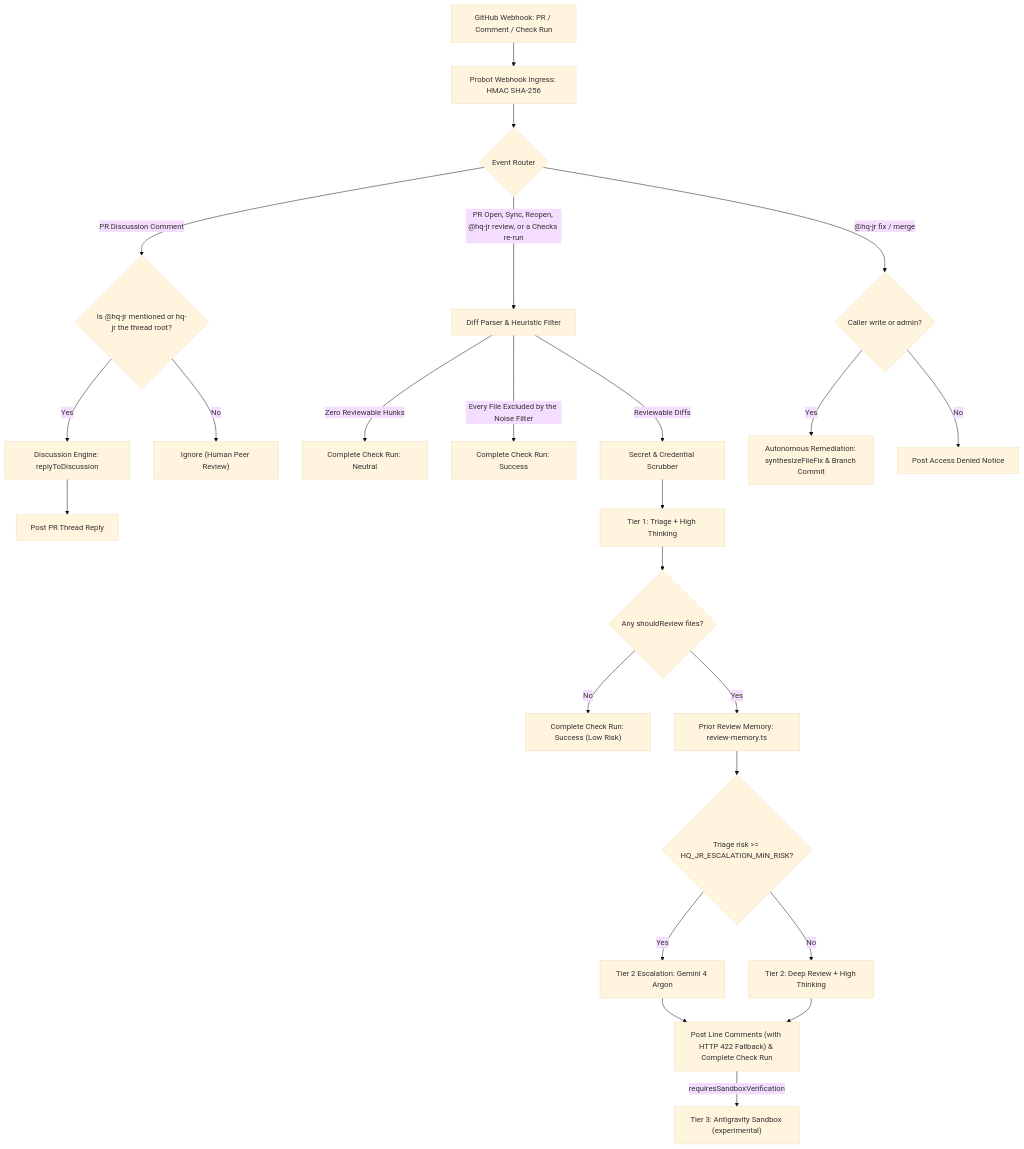
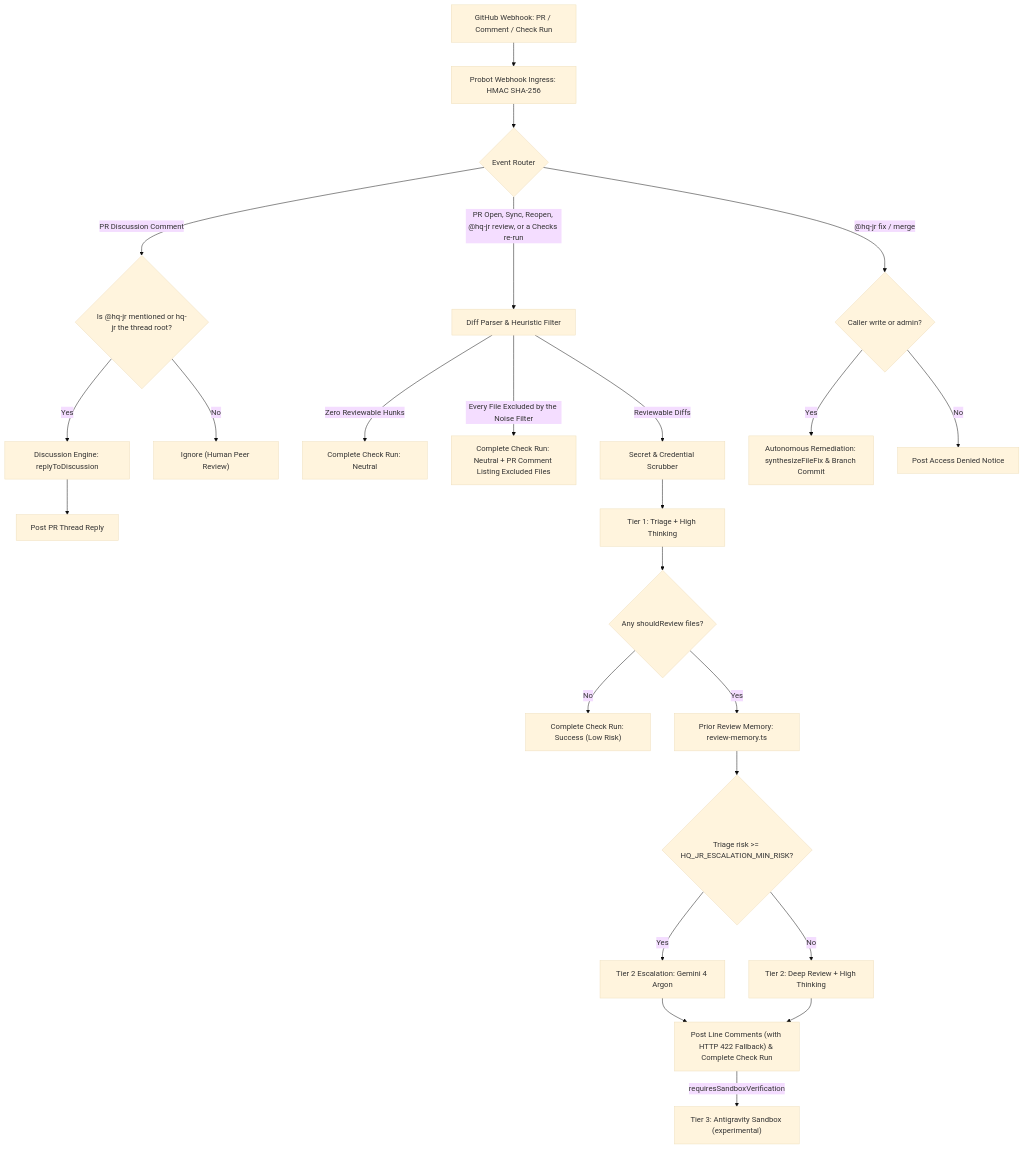
The diagram in README.md (adi-IL/hq-jr), drawn with Mermaid (base theme) before and after one commit. The commit also changed 6 other files, not shown here.

First line of the commit message:
fix(review): update one skip comment, neutral title, and clear the audit

````diff
--- a/README.md
+++ b/README.md
@@ -51,31 +51,31 @@
 ```mermaid
 flowchart TD
     PR["GitHub Webhook: PR / Comment / Check Run"] --> Ingress["Probot Webhook Ingress: HMAC SHA-256"]
     Ingress --> Route{"Event Router"}
     
     Route -->|"PR Discussion Comment"| AntiHijack{"Is @hq-jr mentioned or hq-jr the thread root?"}
     AntiHijack -->|"Yes"| Disc["Discussion Engine: replyToDiscussion"]
     Disc --> PostReply["Post PR Thread Reply"]
     AntiHijack -->|"No"| Ignore["Ignore (Human Peer Review)"]
     
     Route -->|"PR Open, Sync, Reopen, @hq-jr review, or a Checks re-run"| Filter["Diff Parser & Heuristic Filter"]
     Filter -->|"Zero Reviewable Hunks"| FastPass["Complete Check Run: Neutral"]
-    Filter -->|"Every File Excluded by the Noise Filter"| ExcludedPass["Complete Check Run: Success"]
+    Filter -->|"Every File Excluded by the Noise Filter"| ExcludedPass["Complete Check Run: Neutral + PR Comment Listing Excluded Files"]
     Filter -->|"Reviewable Diffs"| Scrubber["Secret & Credential Scrubber"]
     Scrubber --> Tier1["Tier 1: Triage + High Thinking"]
     
     Tier1 --> TriageDecision{"Any shouldReview files?"}
     TriageDecision -->|"No"| LowRiskExit["Complete Check Run: Success (Low Risk)"]
     TriageDecision -->|"Yes"| Memory["Prior Review Memory: review-memory.ts"]
     Memory --> Gate{"Triage risk >= HQ_JR_ESCALATION_MIN_RISK?"}
     Gate -->|"Yes"| Argon["Tier 2 Escalation: Gemini 4 Argon"]
     Gate -->|"No"| Tier2["Tier 2: Deep Review + High Thinking"]
     
     Argon --> Output["Post Line Comments (with HTTP 422 Fallback) & Complete Check Run"]
     Tier2 --> Output
     Output -->|"requiresSandboxVerification"| Tier3["Tier 3: Antigravity Sandbox (experimental)"]
     
     Route -->|"@hq-jr fix / merge"| RBAC{"Caller write or admin?"}
     RBAC -->|"Yes"| Remediate["Autonomous Remediation: synthesizeFileFix & Branch Commit"]
     RBAC -->|"No"| Deny["Post Access Denied Notice"]
 ```
````
